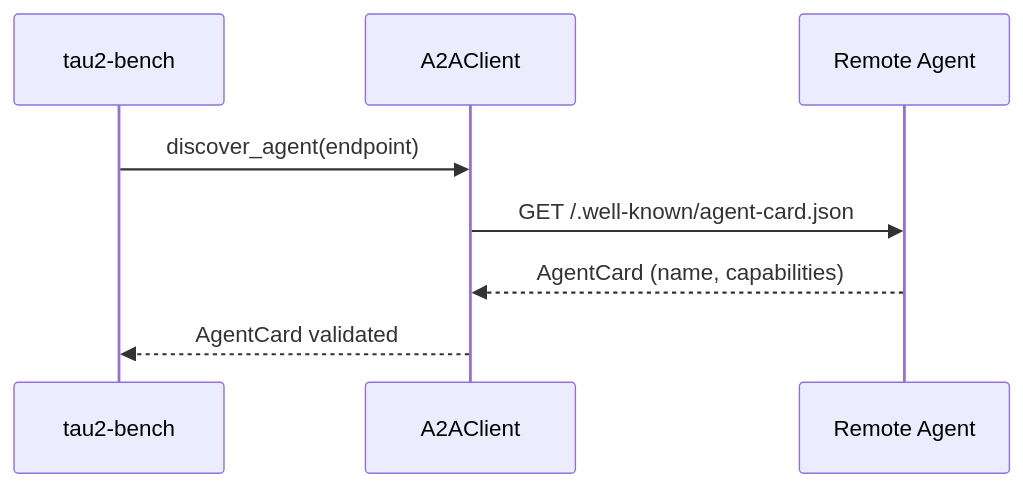
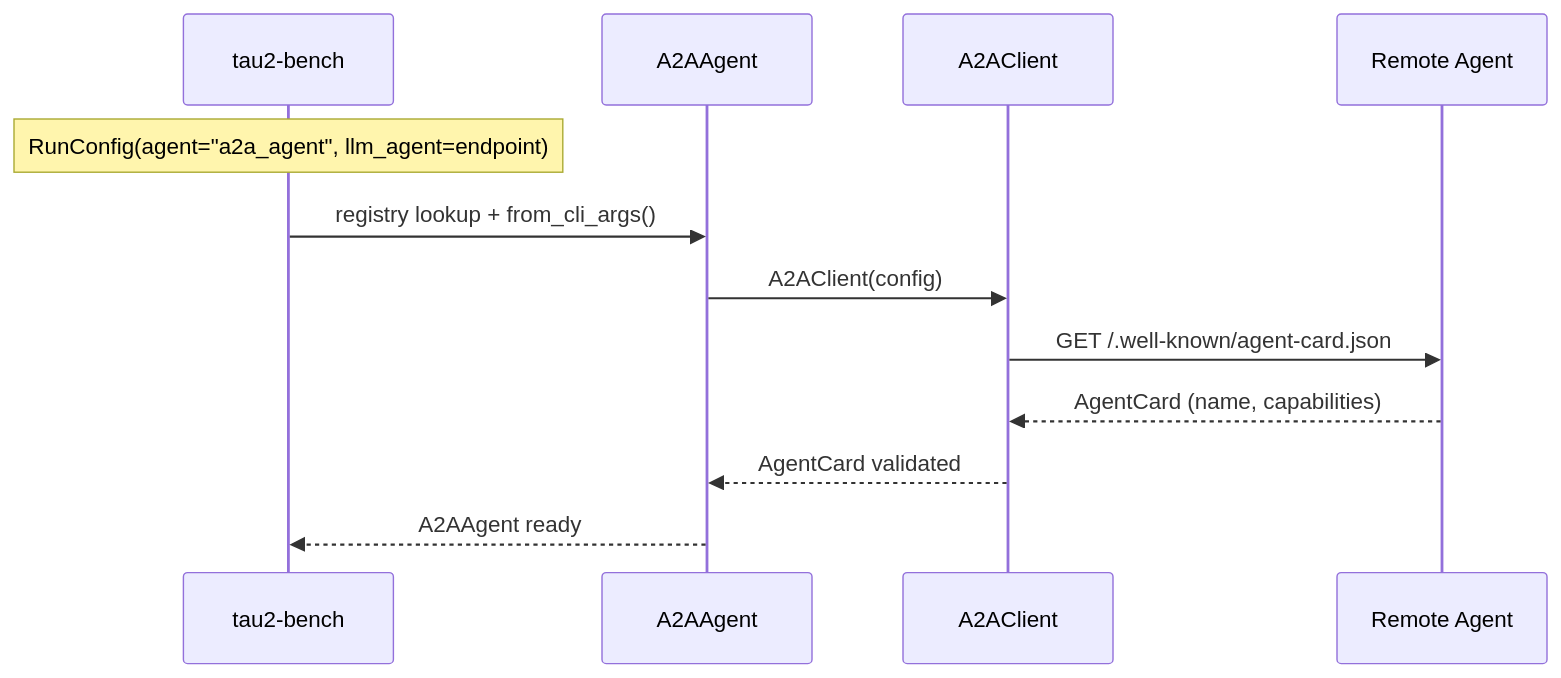
Before and after one commit to wuTims/tau2-bench-agent: the first of 4 diagrams in specs/001-a2a-integration/quickstart.md, drawn with Mermaid. The commit also changed other lines of this file, not shown here.

Commit message:
docs: consolidate sequence diagrams in quickstart

````diff
--- a/specs/001-a2a-integration/quickstart.md
+++ b/specs/001-a2a-integration/quickstart.md
@@ -143,11 +143,15 @@
 ```mermaid
 sequenceDiagram
-    participant tau2 as tau2-bench
+    participant Tau2 as tau2-bench
+    participant A2A as A2AAgent
     participant Client as A2AClient
-    participant Agent as Remote Agent
+    participant Remote as Remote Agent
 
-    tau2->>Client: discover_agent(endpoint)
-    Client->>Agent: GET /.well-known/agent-card.json
-    Agent-->>Client: AgentCard (name, capabilities)
-    Client-->>tau2: AgentCard validated
+    Note over Tau2: RunConfig(agent="a2a_agent", llm_agent=endpoint)
+    Tau2->>A2A: registry lookup + from_cli_args()
+    A2A->>Client: A2AClient(config)
+    Client->>Remote: GET /.well-known/agent-card.json
+    Remote-->>Client: AgentCard (name, capabilities)
+    Client-->>A2A: AgentCard validated
+    A2A-->>Tau2: A2AAgent ready
 ```
````
